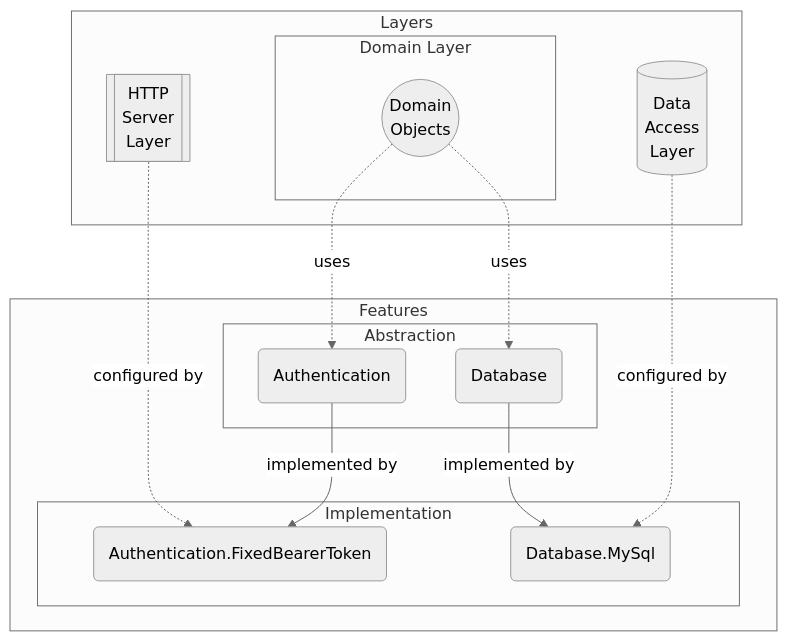
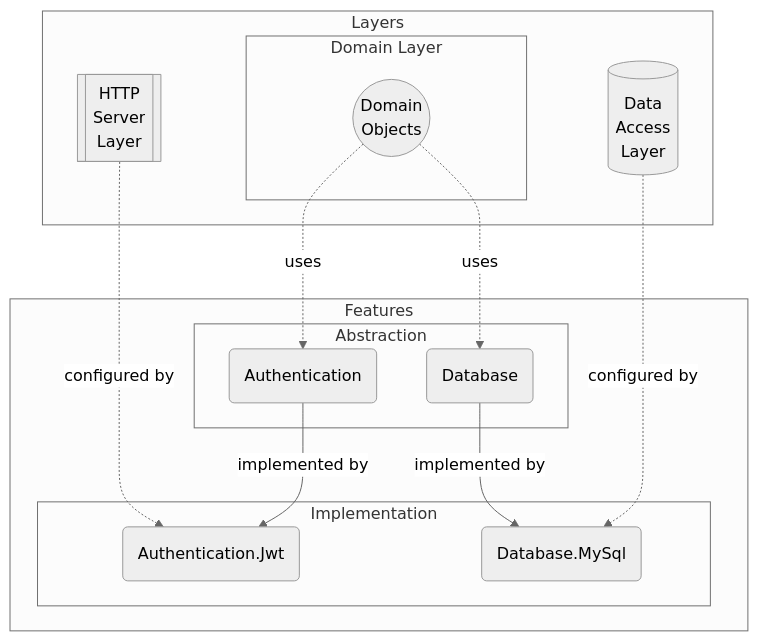
One commit to mouseless/baked changed the fourth of 4 diagrams in docs/architecture/README.md. Above: the diagram before and after it, drawn with Mermaid (neutral theme). The commit also changed other lines of this file and 5 other files, not shown here.

````diff
--- a/docs/architecture/README.md
+++ b/docs/architecture/README.md
@@ -128,29 +127,29 @@
 ```mermaid
 flowchart TB
   subgraph Layers
     HS[[HTTP<br/>Server<br/>Layer]]
     subgraph DL[Domain Layer]
       D((Domain<br/>Objects))
     end
     DA[(Data<br/>Access<br/>Layer)]
   end
 
   subgraph Features
     subgraph Abstraction
       A(Authentication)
       Db(Database)
     end
 
     subgraph Implementation
-      AF(Authentication.FixedBearerToken)
+      AF(Authentication.Jwt)
       DbM(Database.MySql)
     end
   end
 
   HS -.configured by.-> AF
   A --implemented by--> AF
   D -.uses.-> A
   D -.uses.-> Db
   Db --implemented by--> DbM
   DA -.configured by.-> DbM
 ```
````
